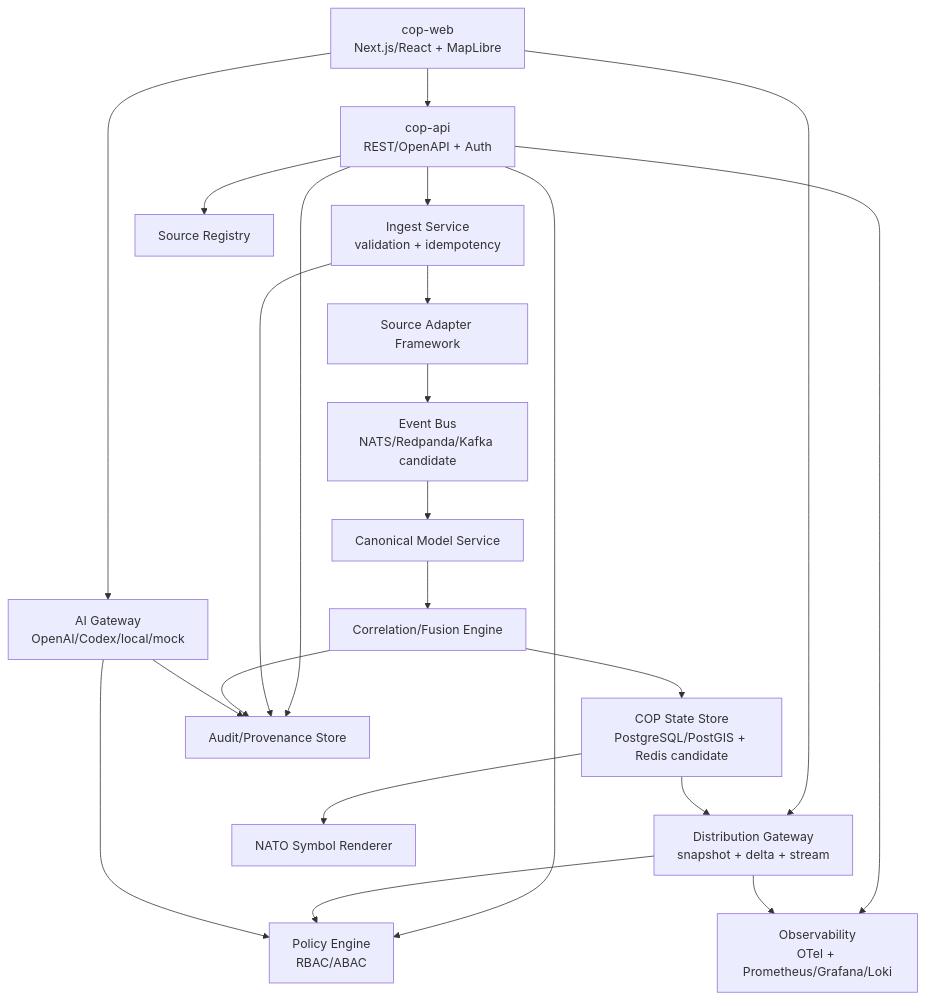
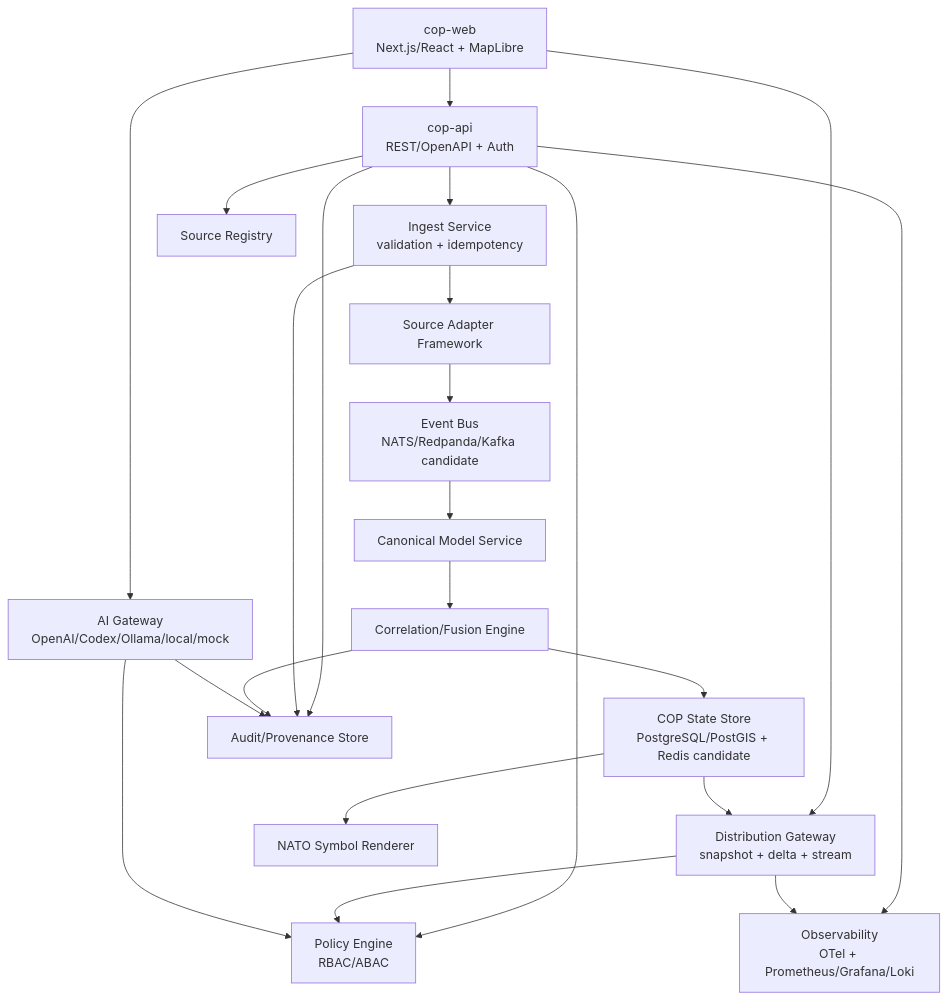
The diagram in docs/architecture/03_CONTAINER_VIEW.md (voldzi/delta_acr_cop), drawn with Mermaid before and after one commit. The commit also changed 17 other files, not shown here.

````diff
--- a/docs/architecture/03_CONTAINER_VIEW.md
+++ b/docs/architecture/03_CONTAINER_VIEW.md
@@ -3,40 +3,40 @@
 ```mermaid
 flowchart TB
     WEB["cop-web\nNext.js/React + MapLibre"]
     API["cop-api\nREST/OpenAPI + Auth"]
     INGEST["Ingest Service\nvalidation + idempotency"]
     ADAPTERS["Source Adapter Framework"]
     BUS["Event Bus\nNATS/Redpanda/Kafka candidate"]
     MODEL["Canonical Model Service"]
     FUSION["Correlation/Fusion Engine"]
     STATE["COP State Store\nPostgreSQL/PostGIS + Redis candidate"]
     DIST["Distribution Gateway\nsnapshot + delta + stream"]
     SYMBOL["NATO Symbol Renderer"]
-    AI["AI Gateway\nOpenAI/Codex/local/mock"]
+    AI["AI Gateway\nOpenAI/Codex/Ollama/local/mock"]
     POLICY["Policy Engine\nRBAC/ABAC"]
     AUDIT["Audit/Provenance Store"]
     REG["Source Registry"]
     OBS["Observability\nOTel + Prometheus/Grafana/Loki"]
 
     WEB --> API
     WEB --> DIST
     WEB --> AI
     API --> INGEST
     API --> REG
     API --> POLICY
     INGEST --> ADAPTERS
     ADAPTERS --> BUS
     BUS --> MODEL
     MODEL --> FUSION
     FUSION --> STATE
     STATE --> DIST
     STATE --> SYMBOL
     DIST --> POLICY
     AI --> POLICY
     API --> AUDIT
     INGEST --> AUDIT
     FUSION --> AUDIT
     AI --> AUDIT
     API --> OBS
     DIST --> OBS
 ```
````
